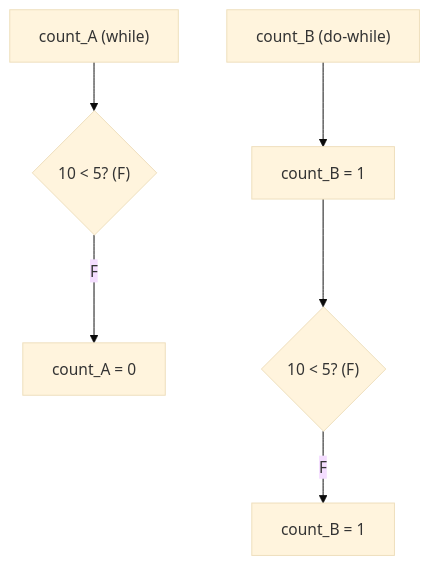
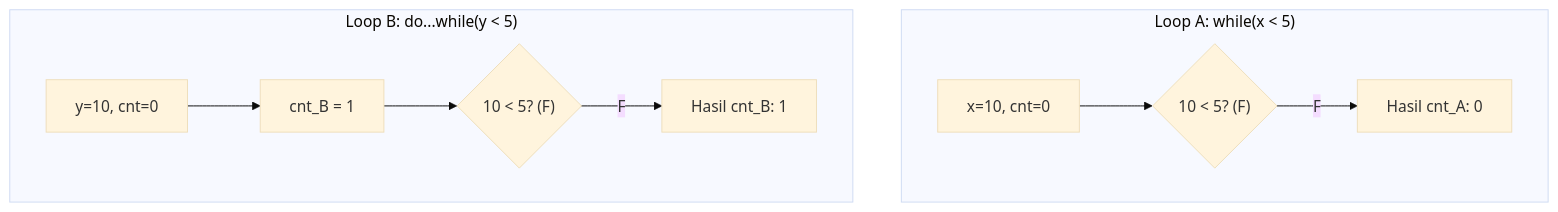
Before and after one commit to amnahwaida/OSNK_INF_PREP: the first of 10 diagrams in part-c-pemahaman-cpp/03-perulangan/latihan/set-04.md, drawn with Mermaid (base theme). The commit also changed other lines of this file and 30 other files, not shown here.

Commit message:
✨ Premium Overhaul: Modul 05 (Rekursi) & 06 (Bitwise) - 100 soal baru dengan Mermaid Call Stack & Bit-Grid diagrams

````diff
--- a/part-c-pemahaman-cpp/03-perulangan/latihan/set-04.md
+++ b/part-c-pemahaman-cpp/03-perulangan/latihan/set-04.md
@@ -32,8 +32,12 @@
 ```mermaid
 graph TD
-A["count_A (while)"] --> B{"10 < 5? (F)"}
-B -- F --> C["count_A = 0"]
-D["count_B (do-while)"] --> E["count_B = 1"]
-E --> F{"10 < 5? (F)"}
-F -- F --> G["count_B = 1"]
+subgraph "Loop A: while(x < 5)"
+A_Init["x=10, cnt=0"] --> A_Cond{"10 < 5? (F)"}
+A_Cond -- F --> A_End["Hasil cnt_A: 0"]
+end
+subgraph "Loop B: do...while(y < 5)"
+B_Init["y=10, cnt=0"] --> B_Body["cnt_B = 1"]
+B_Body --> B_Cond{"10 < 5? (F)"}
+B_Cond -- F --> B_End["Hasil cnt_B: 1"]
+end
 ```
````
